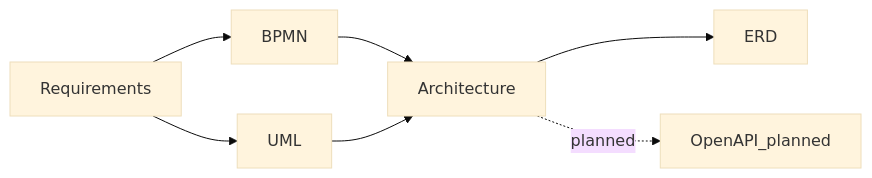
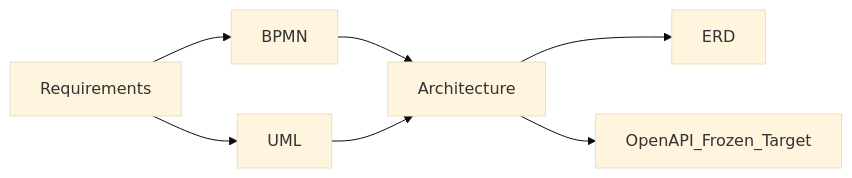
Before and after one commit to egoryasuk96/pet-project-hr-tech-: the diagram in docs/03-diagrams/architecture/architecture-traceability.md, drawn with Mermaid (base theme). The commit also changed other lines of this file and 125 other files, not shown here.

````diff
--- a/docs/03-diagrams/architecture/architecture-traceability.md
+++ b/docs/03-diagrams/architecture/architecture-traceability.md
@@ -114,16 +126,16 @@
 ```mermaid
 flowchart LR
   Req[Requirements]
   Bpmn[BPMN]
   Uml[UML]
   Arch[Architecture]
   Erd[ERD]
-  Api[OpenAPI_planned]
+  Api[OpenAPI_Frozen_Target]
 
   Req --> Bpmn
   Req --> Uml
   Bpmn --> Arch
   Uml --> Arch
   Arch --> Erd
-  Arch -.->|planned| Api
+  Arch --> Api
 ```
````
